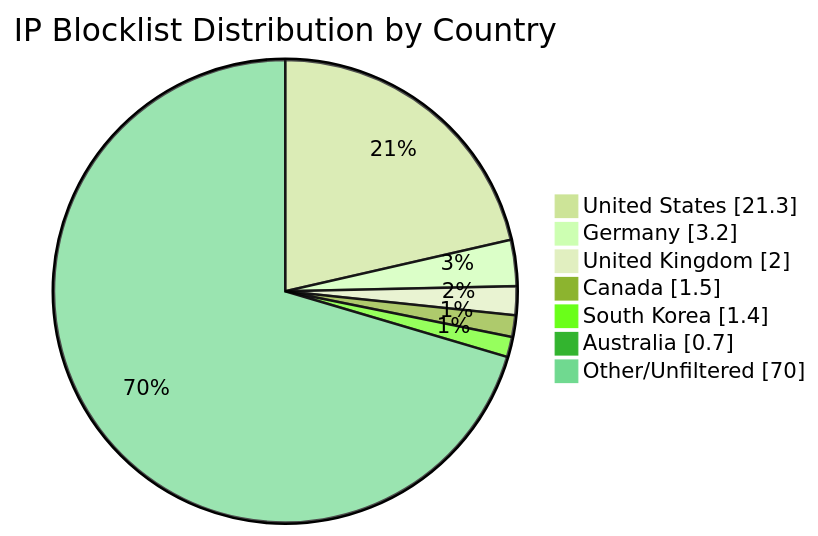
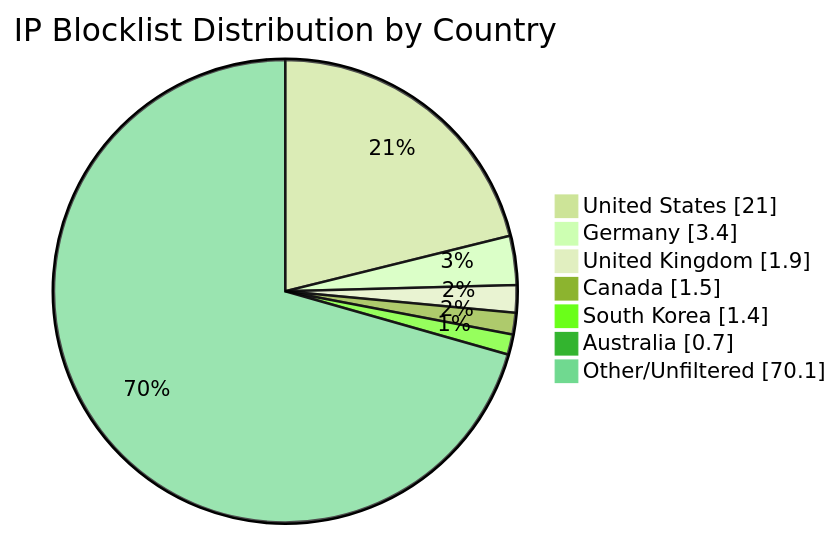
One commit to MarcusHoltz/ipblocklist-geofiltered-aggregator changed the diagram in README.md. Above: the diagram before and after it, drawn with Mermaid (forest theme). The commit also changed other lines of this file and 9 other files, not shown here.

````diff
--- a/README.md
+++ b/README.md
@@ -34,10 +34,10 @@
 ```mermaid
 pie showData title IP Blocklist Distribution by Country
-"United States" : 21.3
-"Germany" : 3.2
-"United Kingdom" : 2.0
+"United States" : 21.0
+"Germany" : 3.4
+"United Kingdom" : 1.9
 "Canada" : 1.5
 "South Korea" : 1.4
 "Australia" : 0.7
-"Other/Unfiltered" : 70.0
+"Other/Unfiltered" : 70.1
 ```
````
